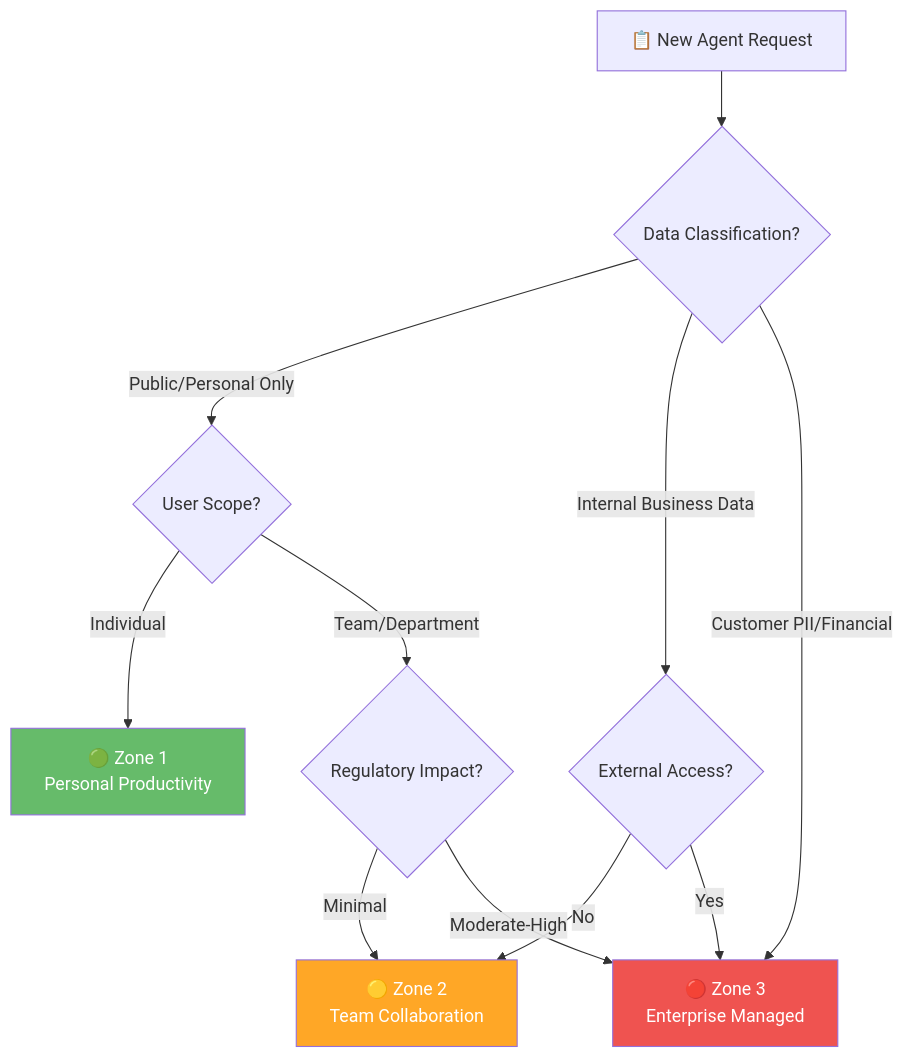
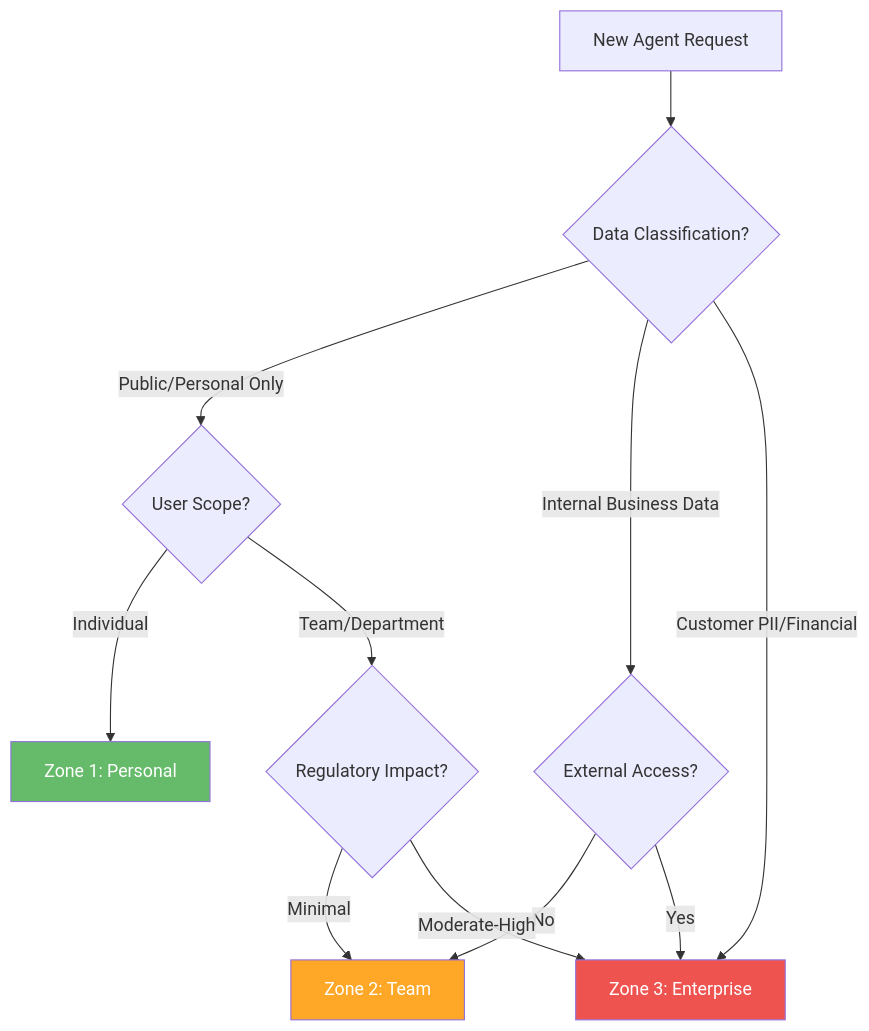
One commit to judeper/FSI-AgentGov changed the third of 3 diagrams in docs/getting-started/zones.md. Above: the diagram before and after it, drawn with Mermaid. The commit also changed other lines of this file and 17 other files, not shown here.

````diff
--- a/docs/getting-started/zones.md
+++ b/docs/getting-started/zones.md
@@ -406,21 +406,21 @@
 ```mermaid
 flowchart TD
-    A[📋 New Agent Request] --> B{Data Classification?}
+    A[New Agent Request] --> B{Data Classification?}
 
     B -->|Public/Personal Only| C{User Scope?}
     B -->|Internal Business Data| D{External Access?}
-    B -->|Customer PII/Financial| E[🔴 Zone 3<br/>Enterprise Managed]
+    B -->|Customer PII/Financial| E[Zone 3: Enterprise]
 
-    C -->|Individual| F[🟢 Zone 1<br/>Personal Productivity]
+    C -->|Individual| F[Zone 1: Personal]
     C -->|Team/Department| G{Regulatory Impact?}
 
-    D -->|No| H[🟡 Zone 2<br/>Team Collaboration]
+    D -->|No| H[Zone 2: Team]
     D -->|Yes| E
 
     G -->|Minimal| H
     G -->|Moderate-High| E
 
     style F fill:#66BB6A,color:#fff
     style H fill:#FFA726,color:#fff
     style E fill:#EF5350,color:#fff
 ```
````
